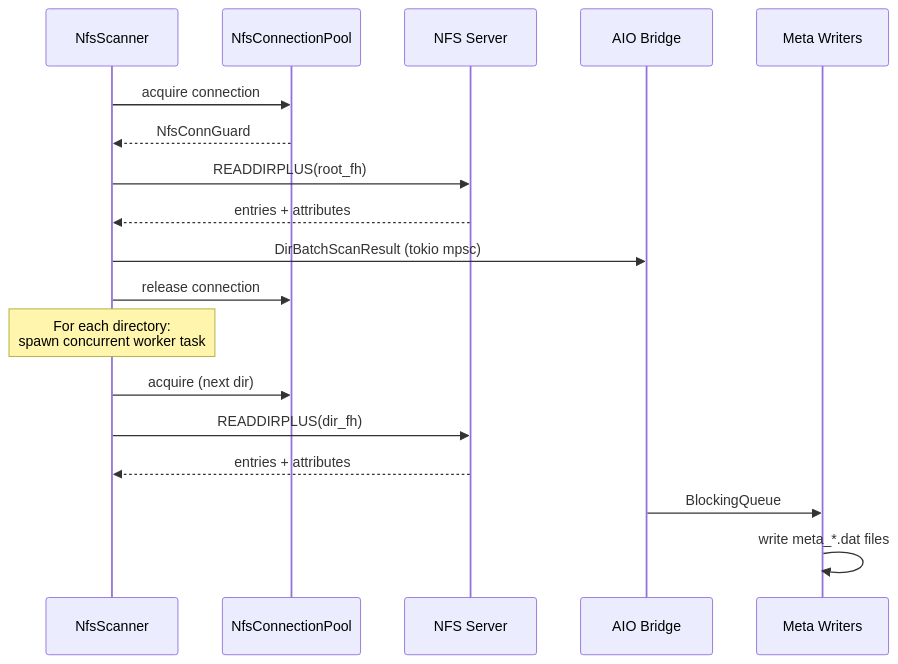
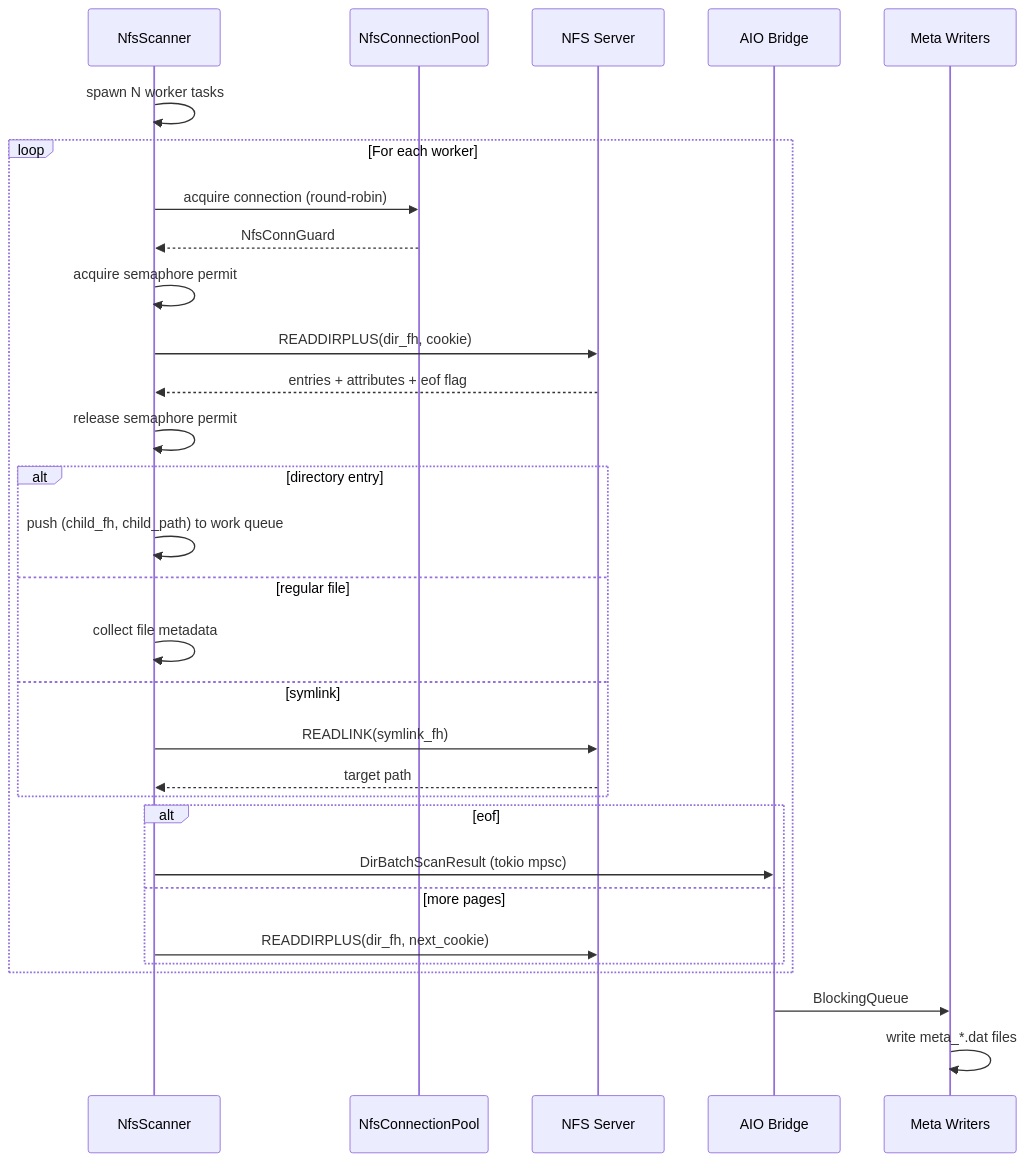
The second of 2 diagrams in wiki/docs/transports/nfs.md (XUranus/fpt-rs), drawn with Mermaid before and after one commit. The commit also changed other lines of this file and 60 other files, not shown here.

First line of the commit message:
Enhance wiki: code snippets, mermaid diagrams, i18n zh-CN support

````diff
--- a/wiki/docs/transports/nfs.md
+++ b/wiki/docs/transports/nfs.md
@@ -105,24 +177,37 @@
 ```mermaid
 sequenceDiagram
     participant Scanner as NfsScanner
     participant Pool as NfsConnectionPool
     participant Server as NFS Server
     participant Bridge as AIO Bridge
     participant Writers as Meta Writers
 
-    Scanner->>Pool: acquire connection
-    Pool-->>Scanner: NfsConnGuard
-    Scanner->>Server: READDIRPLUS(root_fh)
-    Server-->>Scanner: entries + attributes
-    Scanner->>Bridge: DirBatchScanResult (tokio mpsc)
-    Scanner->>Pool: release connection
+    Scanner->>Scanner: spawn N worker tasks
 
-    Note over Scanner: For each directory:<br/>spawn concurrent worker task
+    loop For each worker
+        Scanner->>Pool: acquire connection (round-robin)
+        Pool-->>Scanner: NfsConnGuard
+        Scanner->>Scanner: acquire semaphore permit
+        Scanner->>Server: READDIRPLUS(dir_fh, cookie)
+        Server-->>Scanner: entries + attributes + eof flag
+        Scanner->>Scanner: release semaphore permit
 
-    Scanner->>Pool: acquire (next dir)
-    Scanner->>Server: READDIRPLUS(dir_fh)
-    Server-->>Scanner: entries + attributes
+        alt directory entry
+            Scanner->>Scanner: push (child_fh, child_path) to work queue
+        else regular file
+            Scanner->>Scanner: collect file metadata
+        else symlink
+            Scanner->>Server: READLINK(symlink_fh)
+            Server-->>Scanner: target path
+        end
+
+        alt eof
+            Scanner->>Bridge: DirBatchScanResult (tokio mpsc)
+        else more pages
+            Scanner->>Server: READDIRPLUS(dir_fh, next_cookie)
+        end
+    end
 
     Bridge->>Writers: BlockingQueue
     Writers->>Writers: write meta_*.dat files
 ```
````
